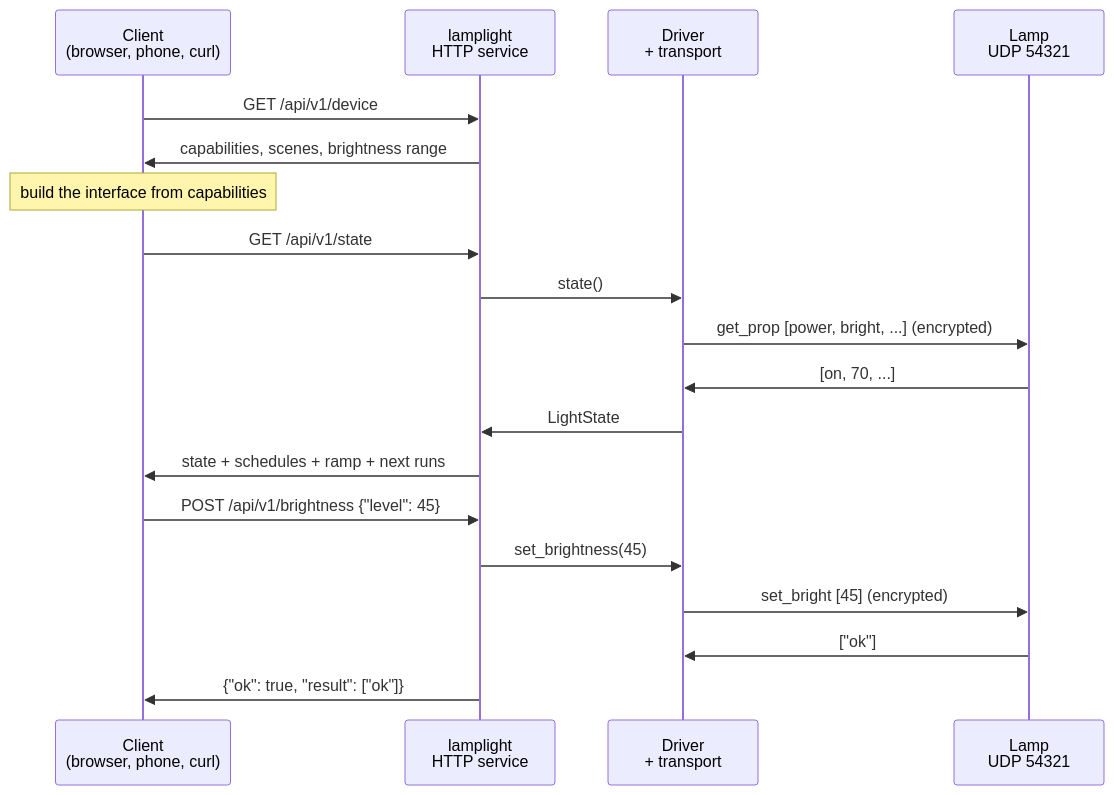
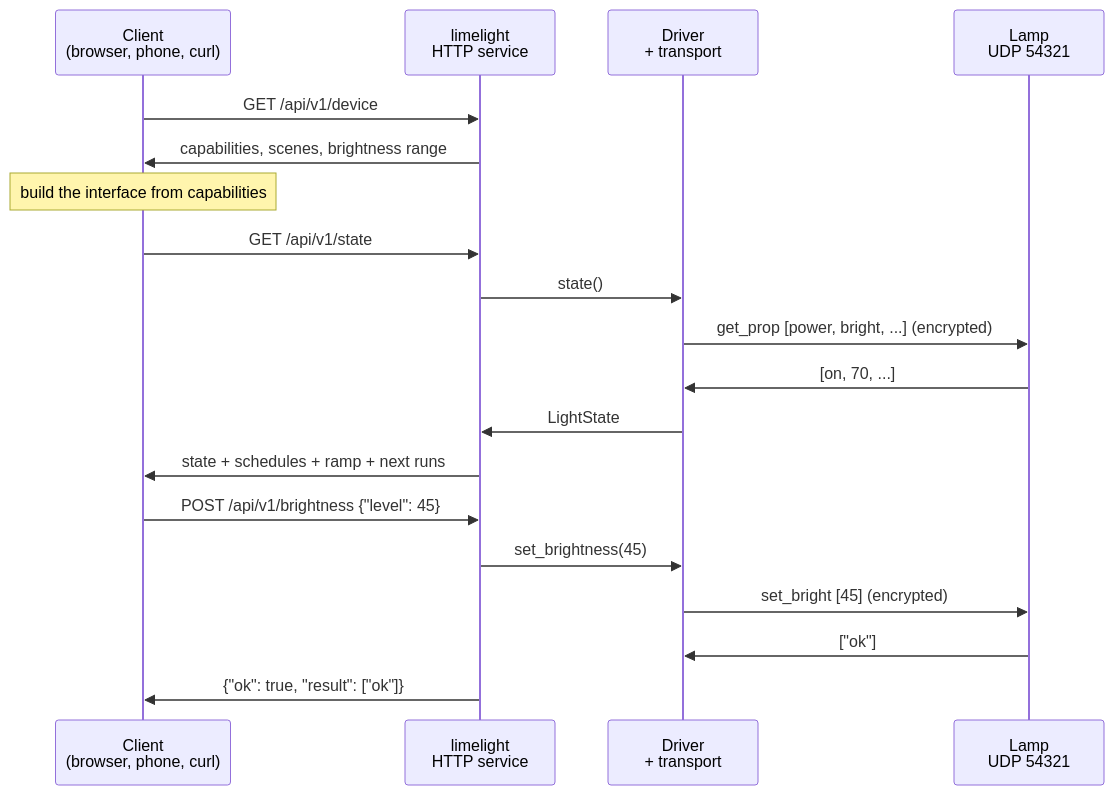
One commit to smartwhale8/limelight changed the diagram in README.md. Above: the diagram before and after it, drawn with Mermaid. The commit also changed other lines of this file and 67 other files, not shown here.

First line of the commit message:
Rename the project from lamplight to limelight

````diff
--- a/README.md
+++ b/README.md
@@ -210,24 +210,24 @@
 ```mermaid
 sequenceDiagram
     participant C as Client<br/>(browser, phone, curl)
-    participant S as lamplight<br/>HTTP service
+    participant S as limelight<br/>HTTP service
     participant D as Driver<br/>+ transport
     participant L as Lamp<br/>UDP 54321
 
     C->>S: GET /api/v1/device
     S->>C: capabilities, scenes, brightness range
     Note over C: build the interface from capabilities
 
     C->>S: GET /api/v1/state
     S->>D: state()
     D->>L: get_prop [power, bright, ...]  (encrypted)
     L->>D: [on, 70, ...]
     D->>S: LightState
     S->>C: state + schedules + ramp + next runs
 
     C->>S: POST /api/v1/brightness {"level": 45}
     S->>D: set_brightness(45)
     D->>L: set_bright [45]  (encrypted)
     L->>D: ["ok"]
     S->>C: {"ok": true, "result": ["ok"]}
 ```
````
